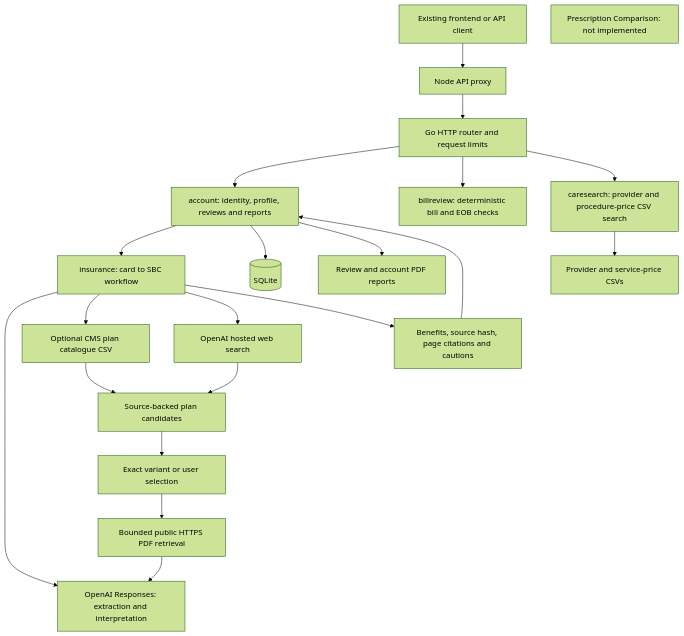
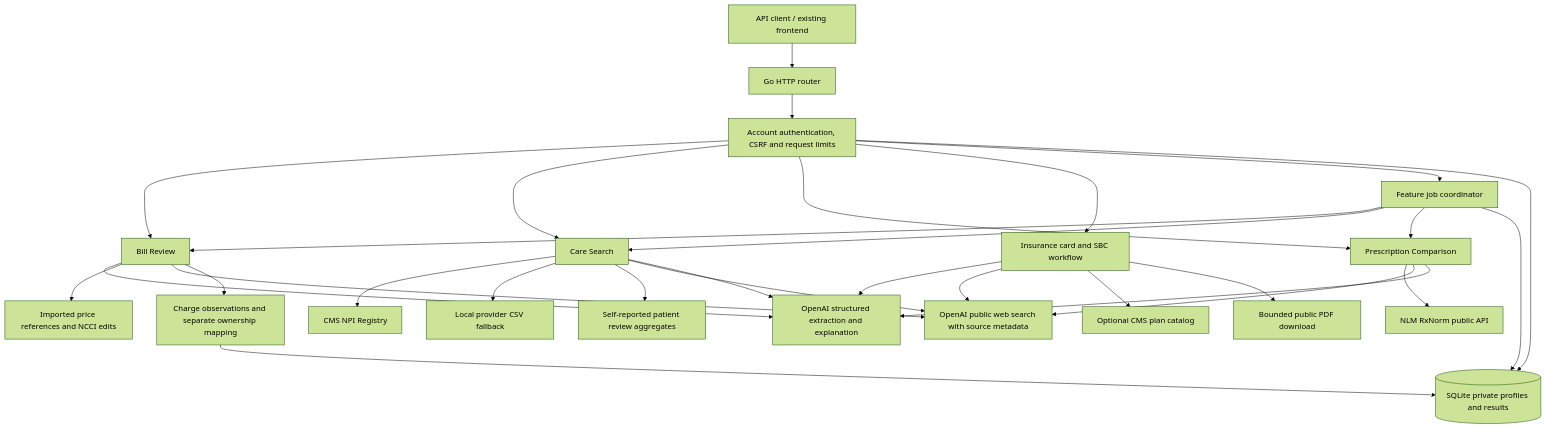
Before and after one commit to jadenC20/HealthcareLookup: the first of 2 diagrams in ARCHITECTURE.md, drawn with Mermaid (forest theme). The commit also changed other lines of this file and 60 other files, not shown here.

````diff
--- a/ARCHITECTURE.md
+++ b/ARCHITECTURE.md
@@ -7,23 +7,32 @@
 ```mermaid
 flowchart TD
-    Client[Existing frontend or API client] --> Proxy[Node API proxy]
-    Proxy --> Router[Go HTTP router and request limits]
-    Router --> Account[account: identity, profile, reviews and reports]
-    Router --> Bills[billreview: deterministic bill and EOB checks]
-    Router --> Care[caresearch: provider and procedure-price CSV search]
-    Account --> Insurance[insurance: card to SBC workflow]
-    Insurance --> AI[OpenAI Responses: extraction and interpretation]
-    Insurance --> Catalog[Optional CMS plan catalogue CSV]
-    Insurance --> Search[OpenAI hosted web search]
-    Search --> Candidates[Source-backed plan candidates]
-    Catalog --> Candidates
-    Candidates --> Match[Exact variant or user selection]
-    Match --> Fetch[Bounded public HTTPS PDF retrieval]
-    Fetch --> AI
-    Insurance --> Result[Benefits, source hash, page citations and cautions]
-    Account --> DB[(SQLite)]
-    Result --> Account
-    Account --> PDF[Review and account PDF reports]
-    Care --> CSV[Provider and service-price CSVs]
-    Prescription[Prescription Comparison: not implemented]
+    Client[API client / existing frontend] --> Router[Go HTTP router]
+    Router --> Account[Account authentication, CSRF and request limits]
+    Account --> Bills[Bill Review]
+    Account --> Care[Care Search]
+    Account --> Rx[Prescription Comparison]
+    Account --> Insurance[Insurance card and SBC workflow]
+    Account --> Jobs[Feature job coordinator]
+    Jobs --> Bills
+    Jobs --> Care
+    Jobs --> Rx
+    Bills --> AI[OpenAI structured extraction and explanation]
+    Bills --> Benchmarks[Imported price references and NCCI edits]
+    Bills --> Search[OpenAI public web search with source metadata]
+    Care --> NPI[CMS NPI Registry]
+    Care --> Local[Local provider CSV fallback]
+    Care --> Cohorts[Self-reported patient review aggregates]
+    Care --> Search
+    Care --> AI
+    Rx --> RxNorm[NLM RxNorm public API]
+    Rx --> Search
+    Rx --> AI
+    Insurance --> AI
+    Insurance --> Search
+    Insurance --> CMS[Optional CMS plan catalog]
+    Insurance --> PDF[Bounded public PDF download]
+    Account --> DB[(SQLite private profiles and results)]
+    Jobs --> DB
+    Bills --> Observations[Charge observations and separate ownership mapping]
+    Observations --> DB
 ```
````
